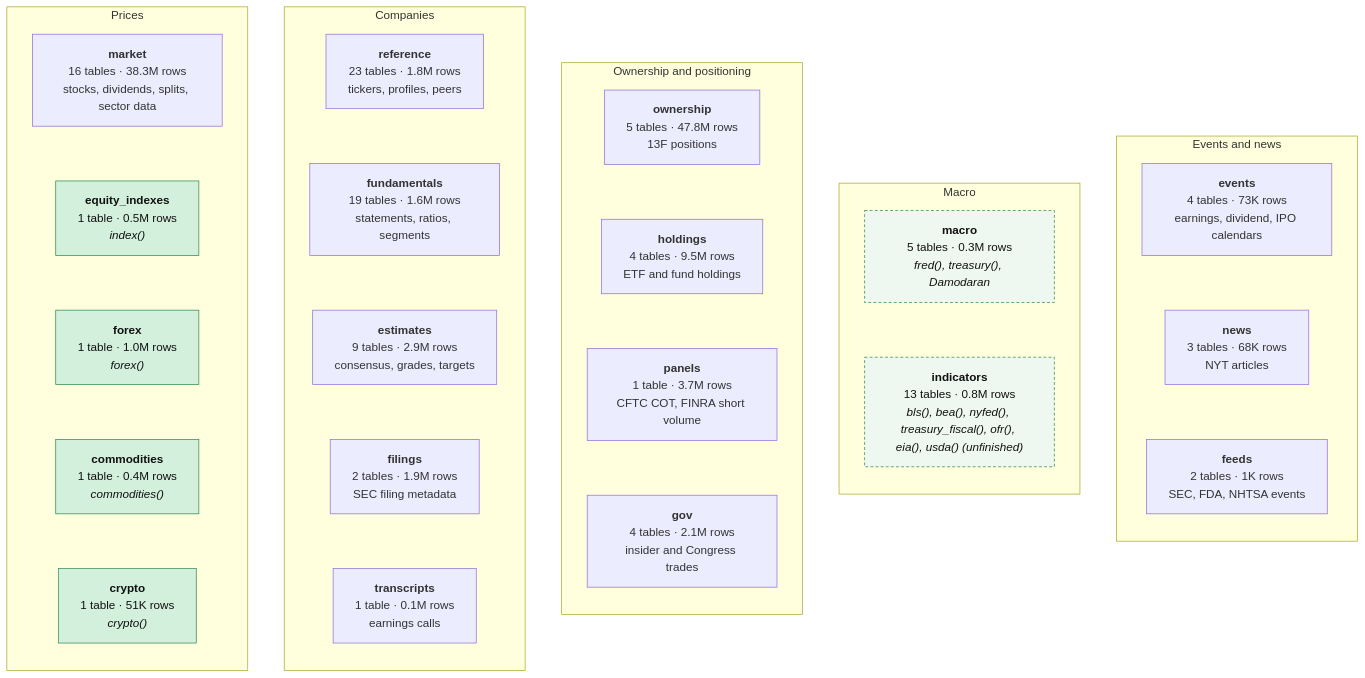
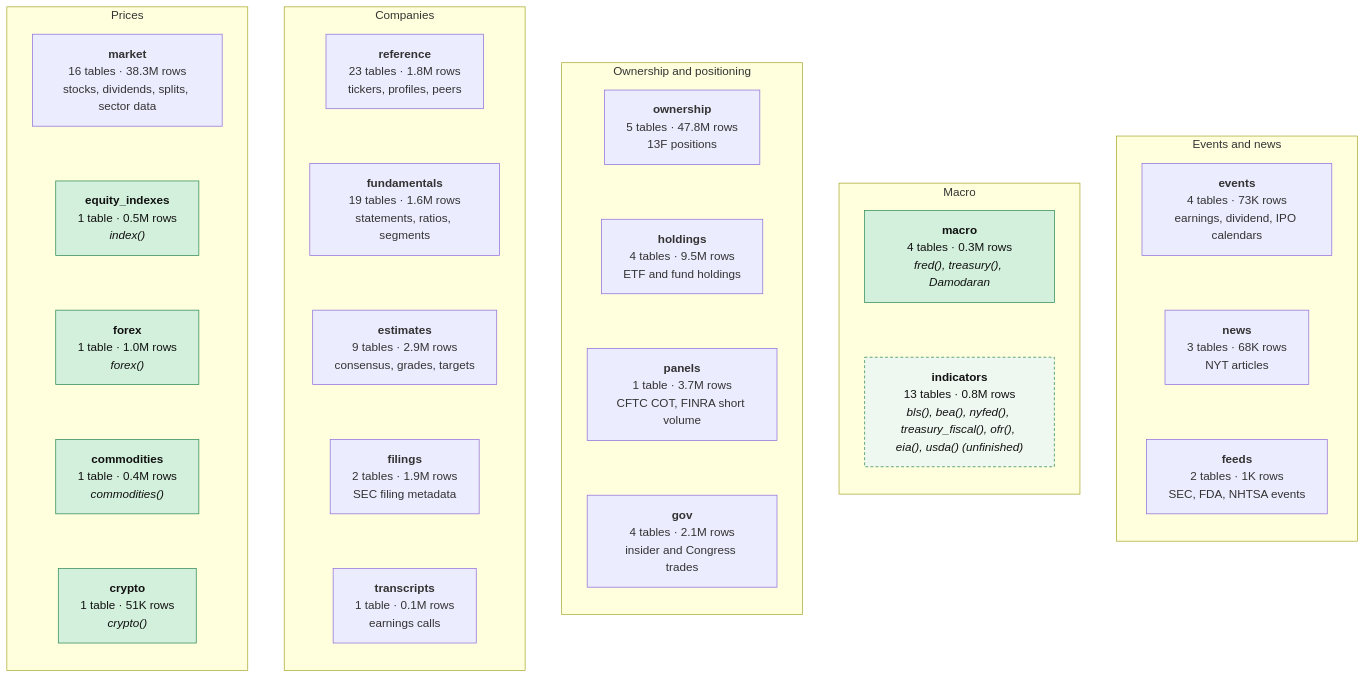
One commit to AnshArora04/arora_data changed the third of 3 diagrams in README.md. Above: the diagram before and after it, drawn with Mermaid. The commit also changed other lines of this file and 5 other files, not shown here.

````diff
--- a/README.md
+++ b/README.md
@@ -81,48 +80,48 @@
 ```mermaid
 flowchart LR
   subgraph PR["Prices"]
     direction TB
     market["<b>market</b><br/>16 tables · 38.3M rows<br/>stocks, dividends, splits, sector data"]
     equity_indexes["<b>equity_indexes</b><br/>1 table · 0.5M rows<br/><i>index()</i>"]
     forex["<b>forex</b><br/>1 table · 1.0M rows<br/><i>forex()</i>"]
     commodities["<b>commodities</b><br/>1 table · 0.4M rows<br/><i>commodities()</i>"]
     crypto["<b>crypto</b><br/>1 table · 51K rows<br/><i>crypto()</i>"]
   end
   subgraph CO["Companies"]
     direction TB
     reference["<b>reference</b><br/>23 tables · 1.8M rows<br/>tickers, profiles, peers"]
     fundamentals["<b>fundamentals</b><br/>19 tables · 1.6M rows<br/>statements, ratios, segments"]
     estimates["<b>estimates</b><br/>9 tables · 2.9M rows<br/>consensus, grades, targets"]
     filings["<b>filings</b><br/>2 tables · 1.9M rows<br/>SEC filing metadata"]
     transcripts["<b>transcripts</b><br/>1 table · 0.1M rows<br/>earnings calls"]
   end
   subgraph OW["Ownership and positioning"]
     direction TB
     ownership["<b>ownership</b><br/>5 tables · 47.8M rows<br/>13F positions"]
     holdings["<b>holdings</b><br/>4 tables · 9.5M rows<br/>ETF and fund holdings"]
     panels["<b>panels</b><br/>1 table · 3.7M rows<br/>CFTC COT, FINRA short volume"]
     gov["<b>gov</b><br/>4 tables · 2.1M rows<br/>insider and Congress trades"]
   end
   subgraph MA["Macro"]
     direction TB
-    macro["<b>macro</b><br/>5 tables · 0.3M rows<br/><i>fred(), treasury(), Damodaran</i>"]
+    macro["<b>macro</b><br/>4 tables · 0.3M rows<br/><i>fred(), treasury(), Damodaran</i>"]
     indicators["<b>indicators</b><br/>13 tables · 0.8M rows<br/><i>bls(), bea(), nyfed(), treasury_fiscal(), ofr(), eia(), usda() (unfinished)</i>"]
   end
   subgraph EV["Events and news"]
     direction TB
     events["<b>events</b><br/>4 tables · 73K rows<br/>earnings, dividend, IPO calendars"]
     news["<b>news</b><br/>3 tables · 68K rows<br/>NYT articles"]
     feeds["<b>feeds</b><br/>2 tables · 1K rows<br/>SEC, FDA, NHTSA events"]
   end
   PR ~~~ CO ~~~ OW ~~~ MA ~~~ EV
   market ~~~ equity_indexes ~~~ forex ~~~ commodities ~~~ crypto
   reference ~~~ fundamentals ~~~ estimates ~~~ filings ~~~ transcripts
   ownership ~~~ holdings ~~~ panels ~~~ gov
   macro ~~~ indicators
   events ~~~ news ~~~ feeds
 
   classDef read fill:#d3f0dc,stroke:#2e8b57,color:#111
   classDef part fill:#eef7f0,stroke:#2e8b57,stroke-dasharray:4 3,color:#111
-  class equity_indexes,forex,commodities,crypto read
-  class macro,indicators part
+  class equity_indexes,forex,commodities,crypto,macro read
+  class indicators part
 ```
````
